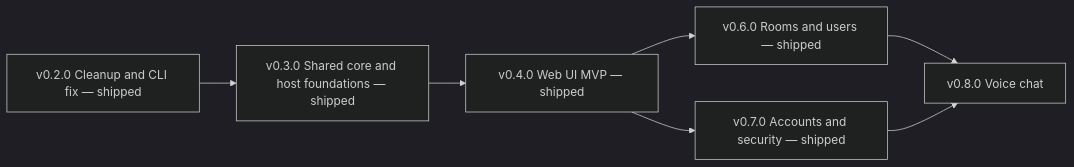
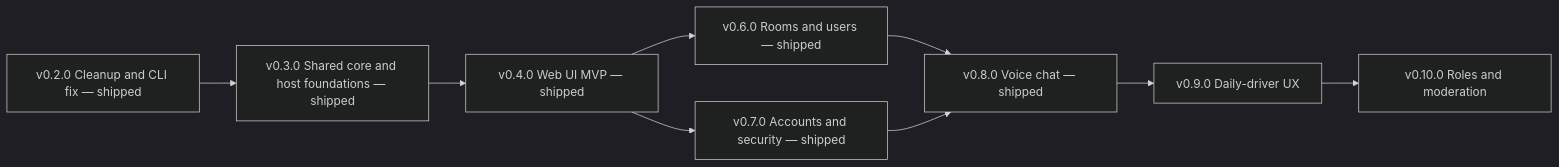
One commit to ahyibrahim/hermes-be changed the diagram in docs/ROADMAP.md. Above: the diagram before and after it, drawn with Mermaid (dark theme). The commit also changed other lines of this file and 14 other files, not shown here.

````diff
--- a/docs/ROADMAP.md
+++ b/docs/ROADMAP.md
@@ -106,9 +108,11 @@
 ```mermaid
 graph LR
   v02[v0.2.0 Cleanup and CLI fix — shipped] --> v03[v0.3.0 Shared core and host foundations — shipped]
   v03 --> v04[v0.4.0 Web UI MVP — shipped]
   v04 --> v06[v0.6.0 Rooms and users — shipped]
   v04 --> v07[v0.7.0 Accounts and security — shipped]
-  v06 --> v08[v0.8.0 Voice chat]
+  v06 --> v08[v0.8.0 Voice chat — shipped]
   v07 --> v08
+  v08 --> v09[v0.9.0 Daily-driver UX]
+  v09 --> v10[v0.10.0 Roles and moderation]
 ```
````
